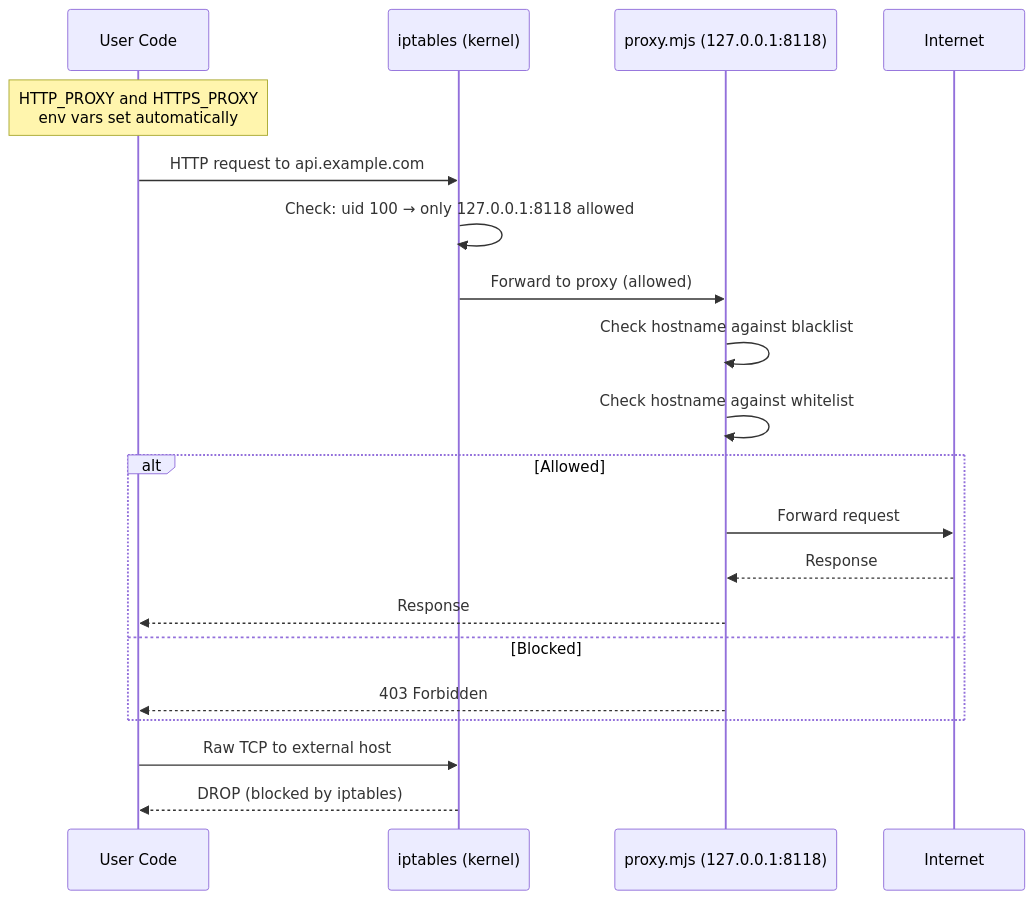
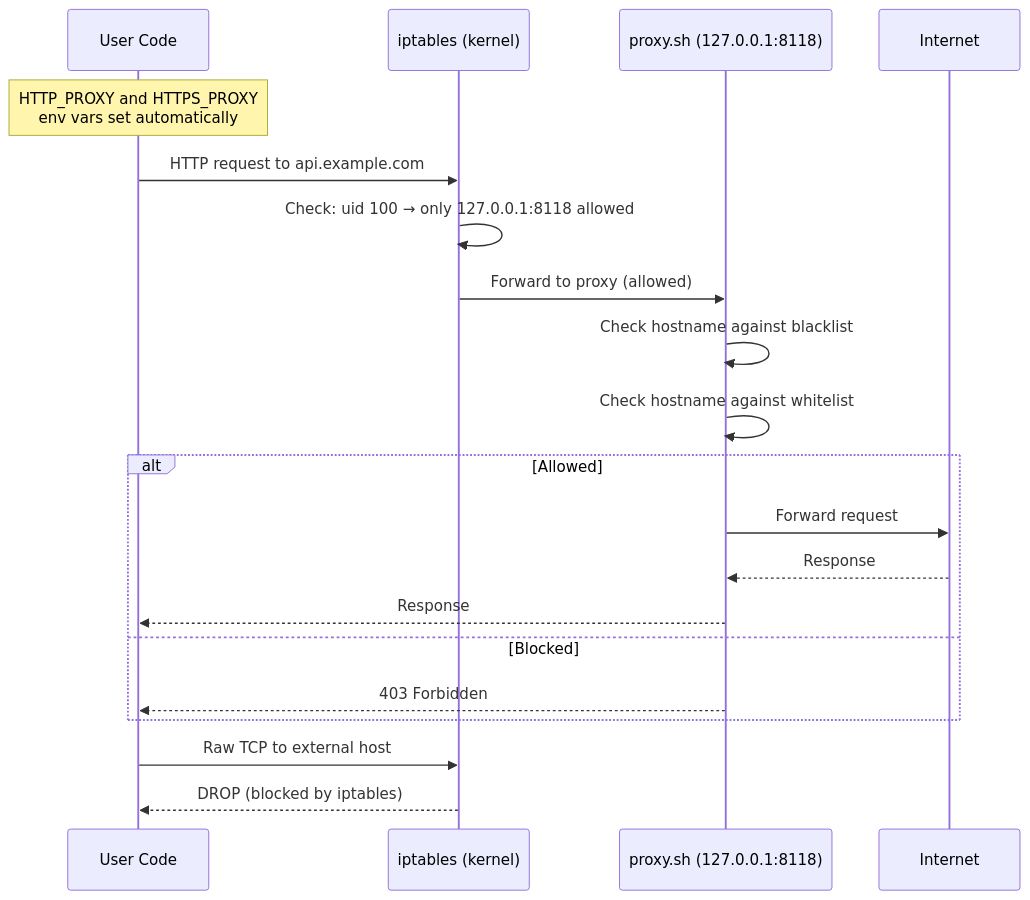
One commit to Illusion47586/isol8 changed the seventh of 10 diagrams in docs/architecture.mdx. Above: the diagram before and after it, drawn with Mermaid. The commit also changed other lines of this file and 5 other files, not shown here.

First line of the commit message:
docs: update proxy references from proxy.mjs to proxy.sh + proxy-handler.sh

````diff
--- a/docs/architecture.mdx
+++ b/docs/architecture.mdx
@@ -259,26 +259,26 @@
 ```mermaid
 sequenceDiagram
     participant Code as User Code
     participant IPT as iptables (kernel)
-    participant Proxy as proxy.mjs (127.0.0.1:8118)
+    participant Proxy as proxy.sh (127.0.0.1:8118)
     participant Internet
 
     Note over Code: HTTP_PROXY and HTTPS_PROXY<br/>env vars set automatically
 
     Code->>IPT: HTTP request to api.example.com
     IPT->>IPT: Check: uid 100 → only 127.0.0.1:8118 allowed
     IPT->>Proxy: Forward to proxy (allowed)
     Proxy->>Proxy: Check hostname against blacklist
     Proxy->>Proxy: Check hostname against whitelist
 
     alt Allowed
         Proxy->>Internet: Forward request
         Internet-->>Proxy: Response
         Proxy-->>Code: Response
     else Blocked
         Proxy-->>Code: 403 Forbidden
     end
 
     Code->>IPT: Raw TCP to external host
     IPT-->>Code: DROP (blocked by iptables)
 ```
````
